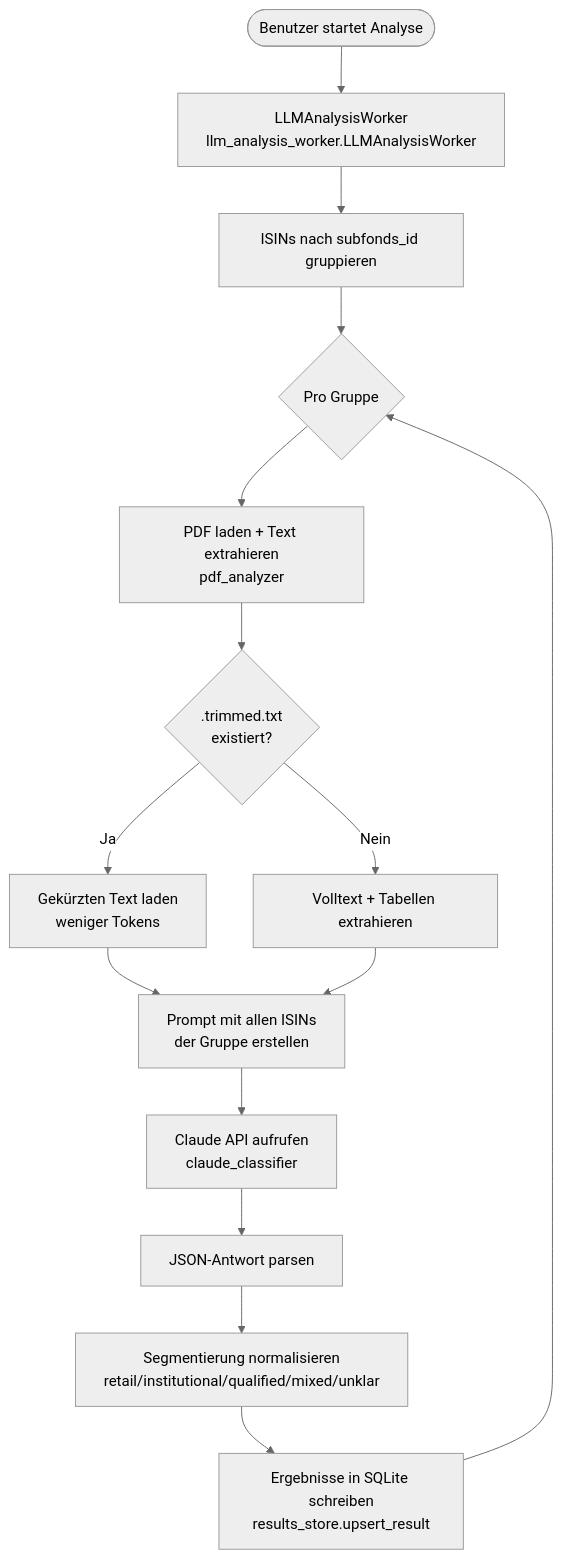
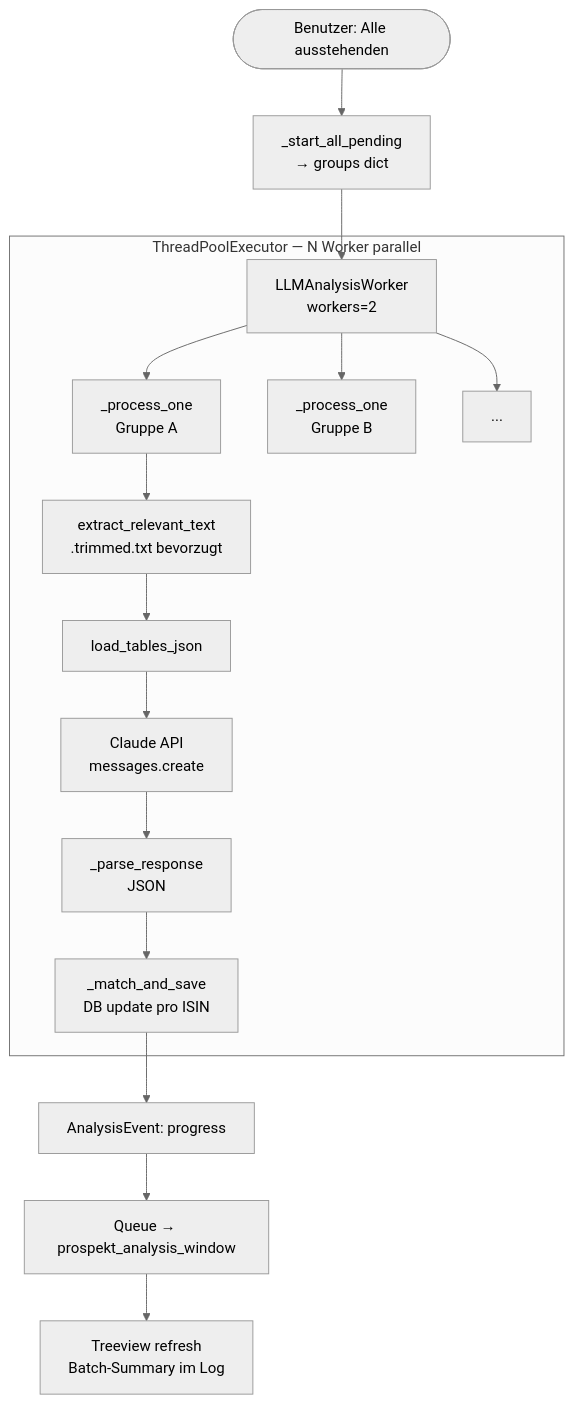
One commit to Mull-Droid-974/FundsprospectPilot changed the second of 2 diagrams in ARCHITECTURE.md. Above: the diagram before and after it, drawn with Mermaid (neutral theme). The commit also changed other lines of this file, not shown here.

````diff
--- a/ARCHITECTURE.md
+++ b/ARCHITECTURE.md
@@ -130,18 +657,21 @@
 ```mermaid
 flowchart TD
-    A([Benutzer startet Analyse]) --> B[LLMAnalysisWorker\nllm_analysis_worker.LLMAnalysisWorker]
-    B --> C[ISINs nach subfonds_id gruppieren]
-    C --> D{Pro Gruppe}
+    A([Benutzer: Alle ausstehenden]) --> B[_start_all_pending\n→ groups dict]
+    B --> C[LLMAnalysisWorker\nworkers=2]
 
-    D --> E[PDF laden + Text extrahieren\npdf_analyzer]
-    E --> F{.trimmed.txt\nexistiert?}
-    F -- Ja --> G[Gekürzten Text laden\nweniger Tokens]
-    F -- Nein --> H[Volltext + Tabellen extrahieren]
-    G --> I
-    H --> I[Prompt mit allen ISINs\nder Gruppe erstellen]
-    I --> J[Claude API aufrufen\nclaude_classifier]
-    J --> K[JSON-Antwort parsen]
-    K --> L[Segmentierung normalisieren\nretail/institutional/qualified/mixed/unklar]
-    L --> M[Ergebnisse in SQLite schreiben\nresults_store.upsert_result]
-    M --> D
+    subgraph TP["ThreadPoolExecutor — N Worker parallel"]
+        C --> D1[_process_one\nGruppe A]
+        C --> D2[_process_one\nGruppe B]
+        C --> D3[...]
+
+        D1 --> E1[extract_relevant_text\n.trimmed.txt bevorzugt]
+        E1 --> F1[load_tables_json]
+        F1 --> G1[Claude API\nmessages.create]
+        G1 --> H1[_parse_response\nJSON]
+        H1 --> I1[_match_and_save\nDB update pro ISIN]
+    end
+
+    I1 --> J[AnalysisEvent: progress]
+    J --> K[Queue → prospekt_analysis_window]
+    K --> L[Treeview refresh\nBatch-Summary im Log]
 ```
````
